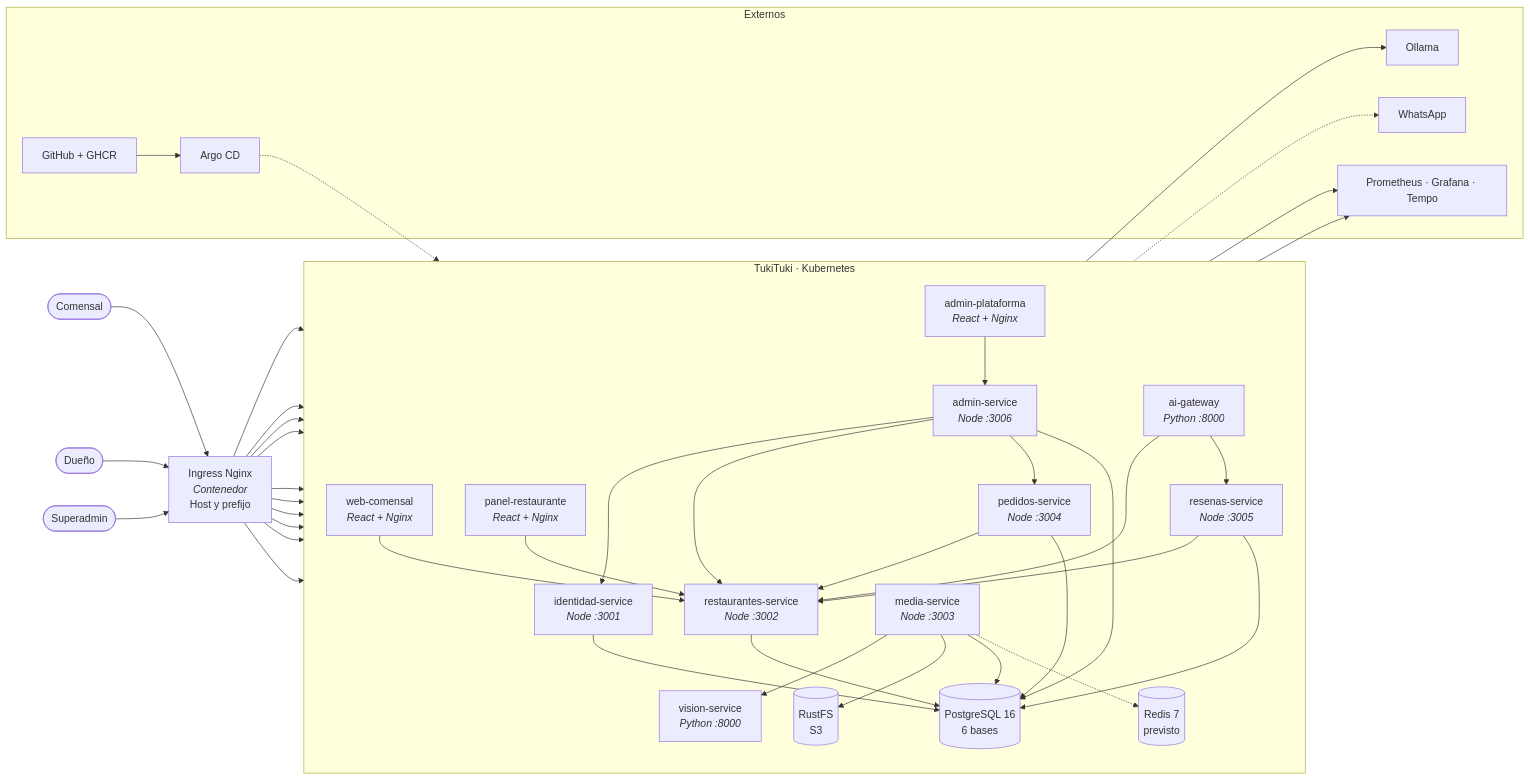
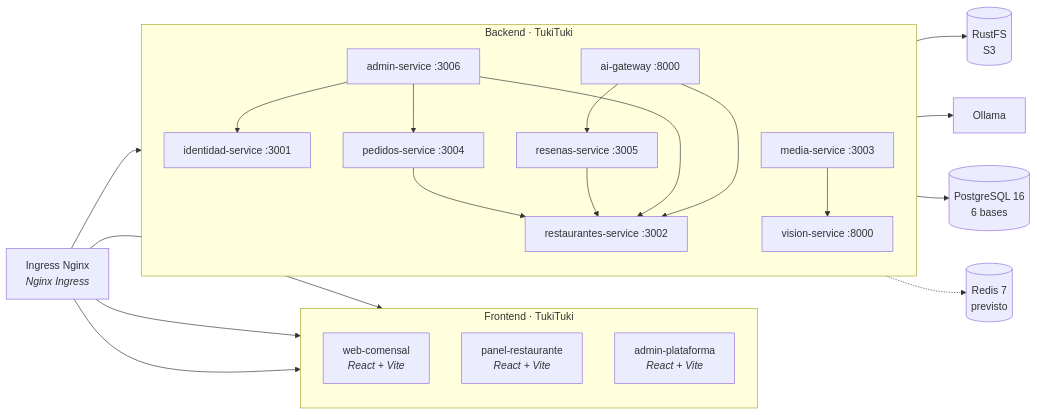
One commit to lianlee007/tuki changed the third of 3 diagrams in diagramas tuki/diagramas-c4.md. Above: the diagram before and after it, drawn with Mermaid. The commit also changed other lines of this file and 1 other file, not shown here.

Commit message:
docs(diagramas): simplifica el C2 y agrega el C2.2 de frontend y backend

````diff
--- a/diagramas tuki/diagramas-c4.md
+++ b/diagramas tuki/diagramas-c4.md
@@ -104,77 +156,45 @@
 ```mermaid
 flowchart LR
-  COM(["Comensal"])
-  DUE(["Dueño"])
-  SUP(["Superadmin"])
+  ING["Ingress Nginx<br/><i>Nginx Ingress</i>"]
 
-  ING["Ingress Nginx<br/><i>Contenedor</i><br/>Host y prefijo"]
-
-  subgraph K8S["TukiTuki · Kubernetes"]
+  subgraph FE["Frontend · TukiTuki"]
     direction TB
-    WEB["web-comensal<br/><i>React + Nginx</i>"]
-    PANEL["panel-restaurante<br/><i>React + Nginx</i>"]
-    ADMINFE["admin-plataforma<br/><i>React + Nginx</i>"]
-
-    ID["identidad-service<br/><i>Node :3001</i>"]
-    RES["restaurantes-service<br/><i>Node :3002</i>"]
-    MED["media-service<br/><i>Node :3003</i>"]
-    PED["pedidos-service<br/><i>Node :3004</i>"]
-    REN["resenas-service<br/><i>Node :3005</i>"]
-    ADM["admin-service<br/><i>Node :3006</i>"]
-    AI["ai-gateway<br/><i>Python :8000</i>"]
-    VIS["vision-service<br/><i>Python :8000</i>"]
-
-    PG[("PostgreSQL 16<br/>6 bases")]
-    RUST[("RustFS<br/>S3")]
-    REDIS[("Redis 7<br/>previsto")]
+    WEB["web-comensal<br/><i>React + Vite</i>"]
+    PANEL["panel-restaurante<br/><i>React + Vite</i>"]
+    ADMINFE["admin-plataforma<br/><i>React + Vite</i>"]
   end
 
-  subgraph EXT["Externos"]
-    OLL["Ollama"]
-    WA["WhatsApp"]
-    GH["GitHub + GHCR"]
-    ARGO["Argo CD"]
-    OBS["Prometheus · Grafana · Tempo"]
+  subgraph BE["Backend · TukiTuki"]
+    direction TB
+    ID["identidad-service :3001"]
+    RES["restaurantes-service :3002"]
+    MED["media-service :3003"]
+    PED["pedidos-service :3004"]
+    REN["resenas-service :3005"]
+    ADM["admin-service :3006"]
+    AI["ai-gateway :8000"]
+    VIS["vision-service :8000"]
   end
 
-  COM --> ING
-  DUE --> ING
-  SUP --> ING
+  PG[("PostgreSQL 16<br/>6 bases")]
+  RUST[("RustFS<br/>S3")]
+  REDIS[("Redis 7<br/>previsto")]
+  OLL["Ollama"]
+
   ING --> WEB
   ING --> PANEL
   ING --> ADMINFE
-  ING --> ID
-  ING --> RES
-  ING --> MED
-  ING --> PED
-  ING --> REN
-  ING --> ADM
-  ING --> AI
-
-  WEB --> RES
-  PANEL --> RES
-  ADMINFE --> ADM
+  ING --> BE
   PED --> RES
   REN --> RES
   ADM --> ID
   ADM --> RES
   ADM --> PED
   AI --> RES
   AI --> REN
   MED --> VIS
   MED --> RUST
   AI --> OLL
-  WEB -.-> WA
-
-  ID --> PG
-  RES --> PG
-  MED --> PG
-  PED --> PG
-  REN --> PG
-  ADM --> PG
-  MED -.-> REDIS
-  ID --> OBS
-  AI --> OBS
-  ARGO -.-> K8S
-  GH --> ARGO
+  BE --> PG
+  BE -.-> REDIS
 ```
````
